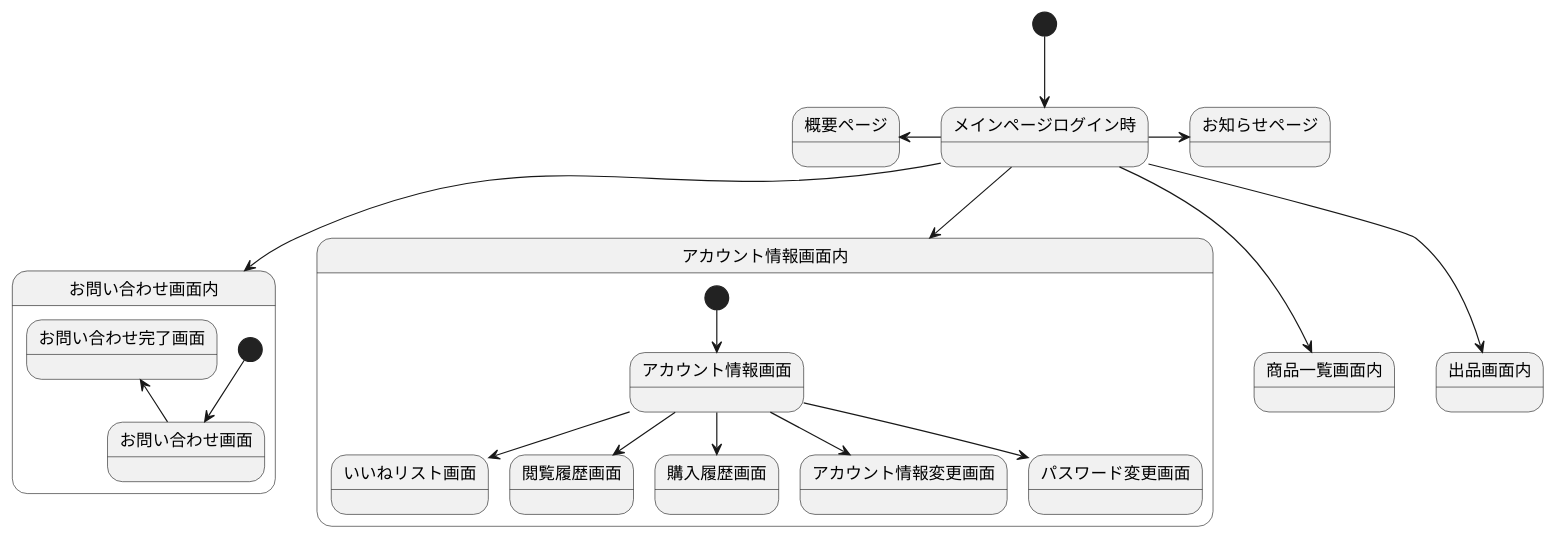
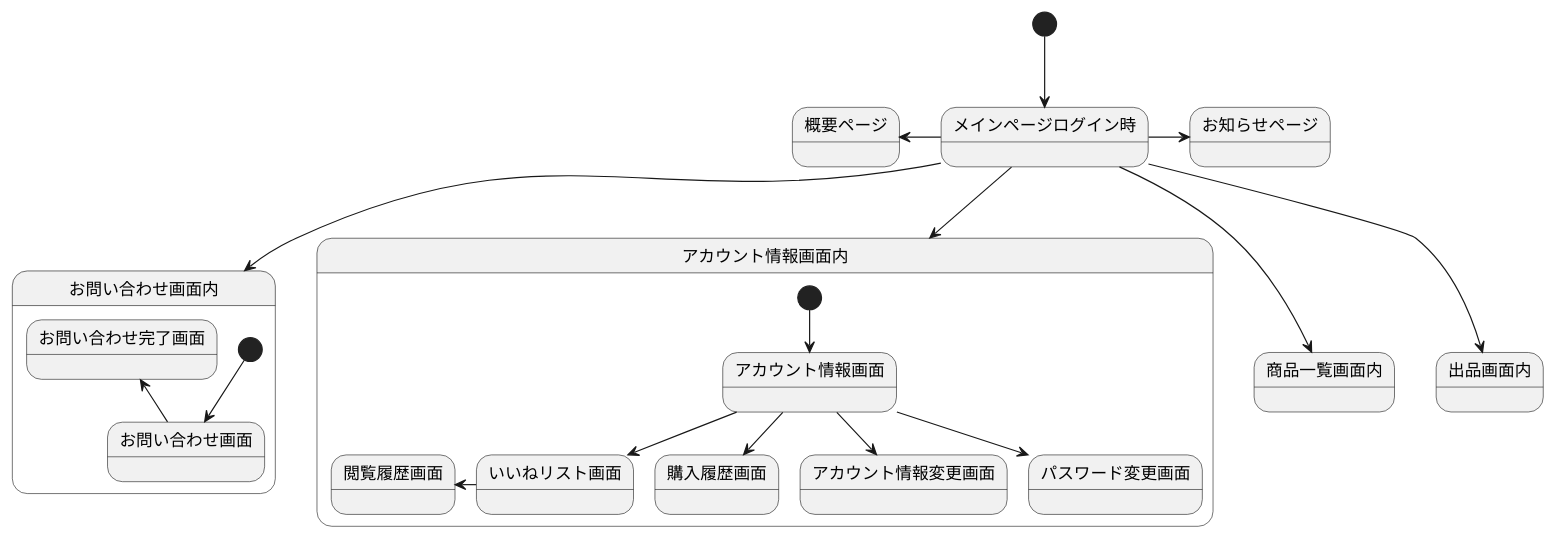
One commit to Aso2001147/2021SystemDesign changed the diagram in 画面遷移図ログイン.md. Above: the diagram before and after it, drawn with PlantUML.

````diff
--- a/画面遷移図ログイン.md
+++ b/画面遷移図ログイン.md
@@ -1,26 +1,26 @@
 ```uml
 @startuml
 [*] --> メインページログイン時
 メインページログイン時 -left-> 概要ページ
 メインページログイン時 -right-> お知らせページ
 メインページログイン時 --> お問い合わせ画面内
 メインページログイン時 --> アカウント情報画面内
 メインページログイン時 --> 商品一覧画面内
 メインページログイン時 --> 出品画面内
 
 state お問い合わせ画面内{
 [*] -down-> お問い合わせ画面
 お問い合わせ画面 -up-> お問い合わせ完了画面
 }
 
 state アカウント情報画面内{
 [*] --> アカウント情報画面
 アカウント情報画面 -down-> いいねリスト画面
-アカウント情報画面 -down-> 閲覧履歴画面
+いいねリスト画面 -left-> 閲覧履歴画面
 アカウント情報画面 -down-> 購入履歴画面
 アカウント情報画面 -down-> アカウント情報変更画面
 アカウント情報画面 -down-> パスワード変更画面
 }
 
 @enduml
 ```
````
